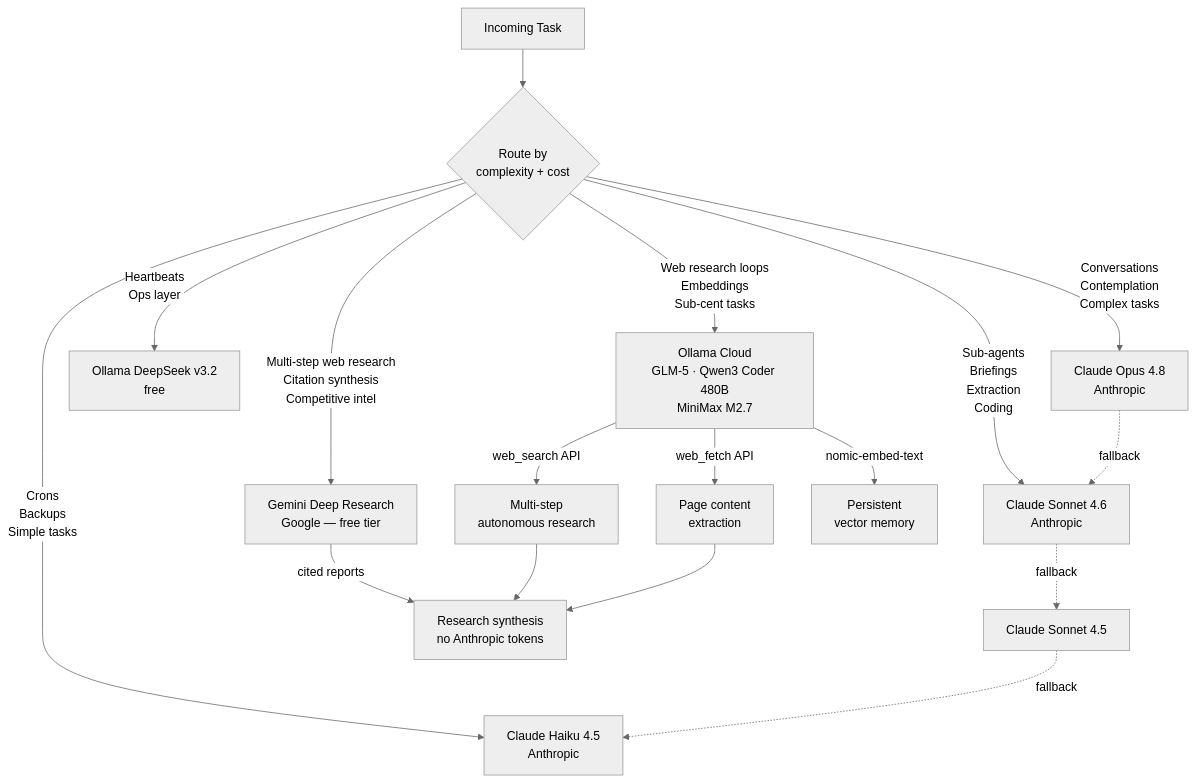
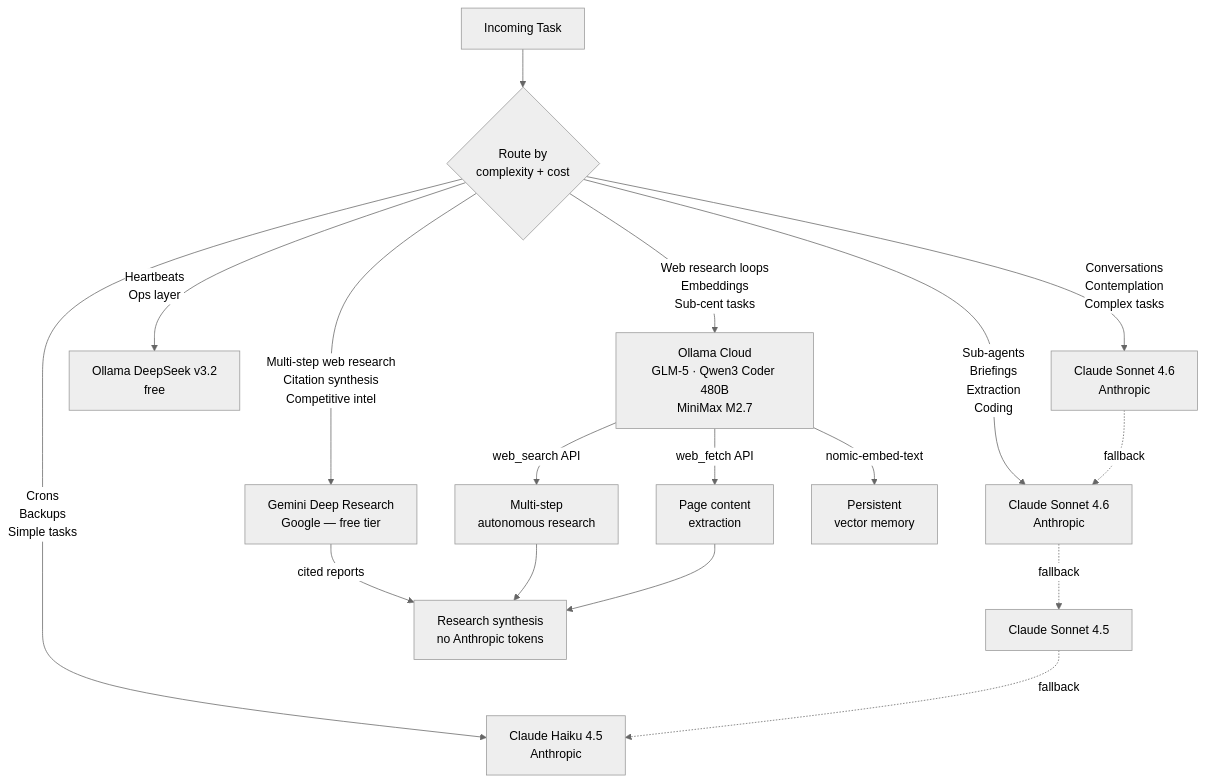
Before and after one commit to VisionaireLabs/Visionaire: the sixth of 9 diagrams in DIAGRAM.md, drawn with Mermaid (neutral theme). The commit also changed other lines of this file and 2 other files, not shown here.

Commit message:
docs: sweep stale Opus 4.8 references — closes #125 (#126)
Update README.md, DIAGRAM.md, and TOOLS.md to reflect actual
production state (Sonnet 4.6 for all operations). Consistent
with AI_STACK.md updated in #121 and README partial fix in #124.

- README: ASCII art header, cron box, routing table, fallback chain
- DIAGRAM.md: SA_MODEL node, ROUTE node (Opus → Sonnet 4.6)
- TOOLS.md: contemplation line × 2

````diff
--- a/DIAGRAM.md
+++ b/DIAGRAM.md
@@ -173,23 +173,23 @@
 ```mermaid
 flowchart TD
     TASK[Incoming Task] --> ROUTE{Route by\ncomplexity + cost}
 
-    ROUTE -->|Conversations\nContemplation\nComplex tasks| OPUS[Claude Opus 4.8\nAnthropic]
+    ROUTE -->|Conversations\nContemplation\nComplex tasks| OPUS[Claude Sonnet 4.6\nAnthropic]
     ROUTE -->|Sub-agents\nBriefings\nExtraction\nCoding| SONNET[Claude Sonnet 4.6\nAnthropic]
     ROUTE -->|Crons\nBackups\nSimple tasks| HAIKU[Claude Haiku 4.5\nAnthropic]
     ROUTE -->|Heartbeats\nOps layer| DEEPSEEK[Ollama DeepSeek v3.2\nfree]
     ROUTE -->|Web research loops\nEmbeddings\nSub-cent tasks| OLLAMA[Ollama Cloud\nGLM-5 · Qwen3 Coder 480B\nMiniMax M2.7]
     ROUTE -->|Multi-step web research\nCitation synthesis\nCompetitive intel| GEMINI[Gemini Deep Research\nGoogle — free tier]
 
     OPUS -.->|fallback| SONNET
     SONNET -.->|fallback| SONNET45[Claude Sonnet 4.5]
     SONNET45 -.->|fallback| HAIKU
 
     OLLAMA -->|web_search API| WEBSEARCH[Multi-step\nautonomous research]
     OLLAMA -->|web_fetch API| WEBFETCH[Page content\nextraction]
     OLLAMA -->|nomic-embed-text| EMBEDDINGS[Persistent\nvector memory]
     GEMINI -->|cited reports| SYNTHESIS
 
     WEBSEARCH --> SYNTHESIS[Research synthesis\nno Anthropic tokens]
     WEBFETCH --> SYNTHESIS
 ```
````
